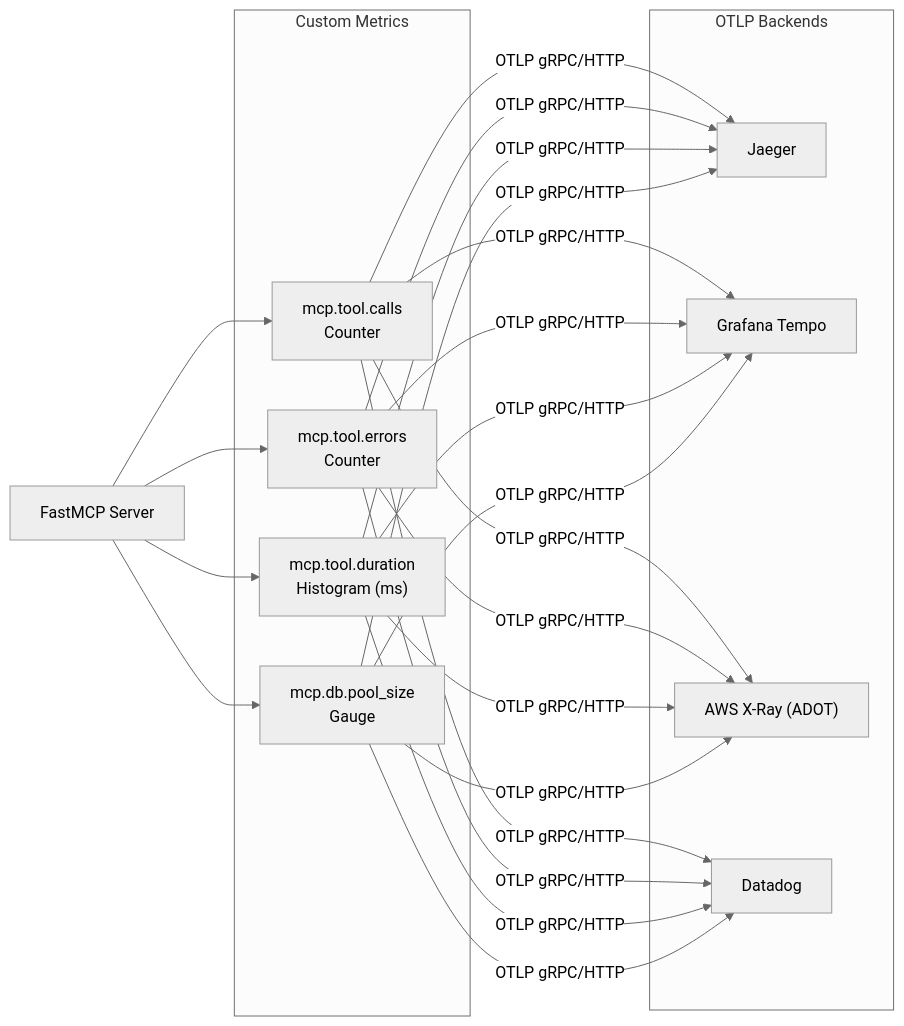
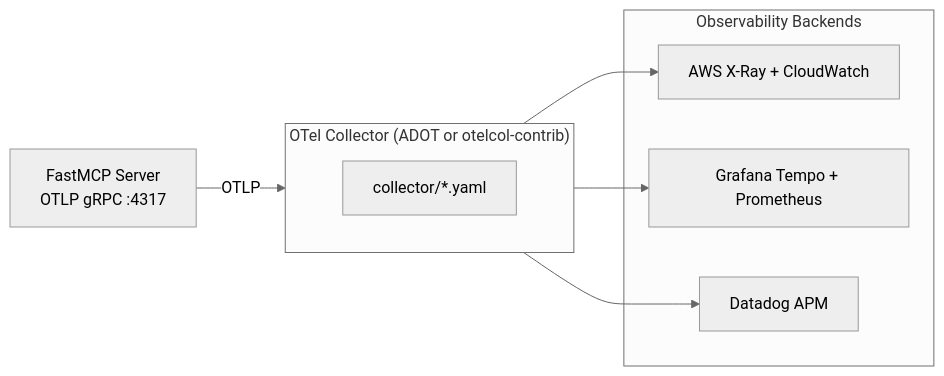
One commit to ManjunathGovindaraju/fastmcp-production-template changed the seventh of 7 diagrams in README.md. Above: the diagram before and after it, drawn with Mermaid (neutral theme). The commit also changed other lines of this file and 23 other files, not shown here.

````diff
--- a/README.md
+++ b/README.md
@@ -263,21 +325,19 @@
 ```mermaid
 graph LR
-    Server["FastMCP Server"]
+    Server["FastMCP Server<br/>OTLP gRPC :4317"]
 
-    subgraph Metrics["Custom Metrics"]
-        M1["mcp.tool.calls<br/>Counter"]
-        M2["mcp.tool.errors<br/>Counter"]
-        M3["mcp.tool.duration<br/>Histogram (ms)"]
-        M4["mcp.db.pool_size<br/>Gauge"]
+    subgraph Collector["OTel Collector (ADOT or otelcol-contrib)"]
+        C["collector/*.yaml"]
     end
 
-    subgraph Backends["OTLP Backends"]
-        B1["Jaeger"]
-        B2["Grafana Tempo"]
-        B3["AWS X-Ray (ADOT)"]
-        B4["Datadog"]
+    subgraph Backends["Observability Backends"]
+        B1["AWS X-Ray + CloudWatch"]
+        B2["Grafana Tempo + Prometheus"]
+        B3["Datadog APM"]
     end
 
-    Server --> M1 & M2 & M3 & M4
-    M1 & M2 & M3 & M4 -->|"OTLP gRPC/HTTP"| B1 & B2 & B3 & B4
+    Server -->|"OTLP"| Collector
+    Collector --> B1
+    Collector --> B2
+    Collector --> B3
 ```
````
